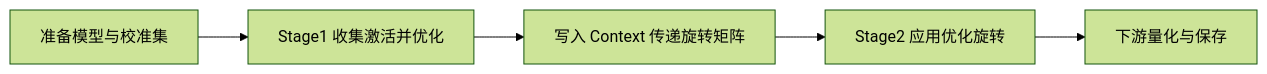
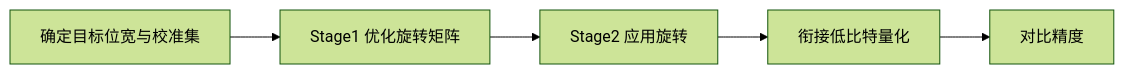
The diagram in msmodelslim/docs/zh/knowledge_base/quantization_algorithms/adapt_rotation/usage_adapt_rotation.md (mindstudio-docs/master), drawn with Mermaid (forest theme) before and after one commit. The commit also changed other lines of this file and 73 other files, not shown here.

````diff
--- a/msmodelslim/docs/zh/knowledge_base/quantization_algorithms/adapt_rotation/usage_adapt_rotation.md
+++ b/msmodelslim/docs/zh/knowledge_base/quantization_algorithms/adapt_rotation/usage_adapt_rotation.md
@@ -41,7 +24,7 @@
 ```mermaid
 flowchart LR
-    A[准备模型与校准集] --> B[Stage1 收集激活并优化]
-    B --> C[写入 Context 传递旋转矩阵]
-    C --> D[Stage2 应用优化旋转]
-    D --> E[下游量化与保存]
+    A[确定目标位宽与校准集] --> B[Stage1 优化旋转矩阵]
+    B[Stage1 优化旋转矩阵] --> C[Stage2 应用旋转]
+    C[Stage2 应用旋转] --> D[衔接低比特量化]
+    D[衔接低比特量化] --> E[对比精度]
 ```
````
